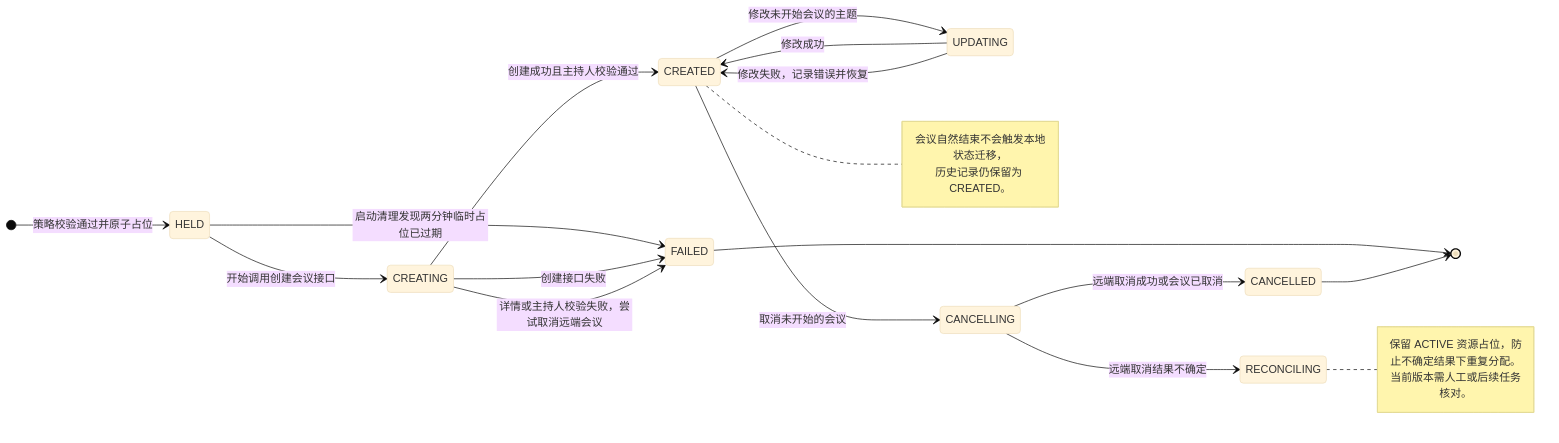
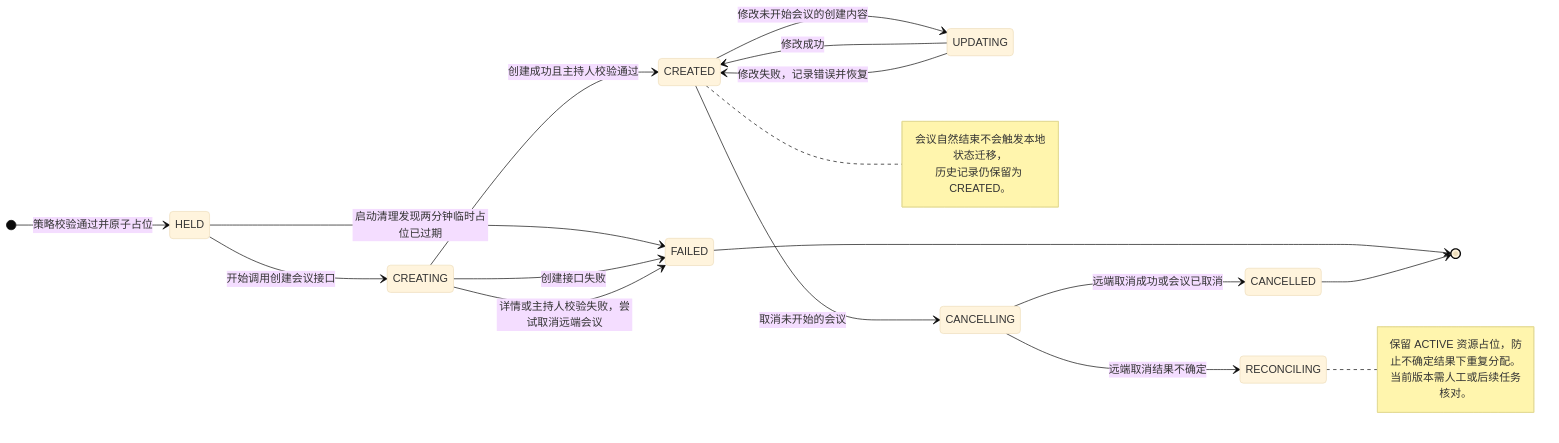
One commit to cyt9606/wecom-meeting-resource-pool changed the second of 4 diagrams in README.md. Above: the diagram before and after it, drawn with Mermaid (base theme). The commit also changed other lines of this file and 19 other files, not shown here.

````diff
--- a/README.md
+++ b/README.md
@@ -164,33 +165,33 @@
 ```mermaid
 stateDiagram-v2
     direction LR
 
     [*] --> HELD: 策略校验通过并原子占位
     HELD --> CREATING: 开始调用创建会议接口
     HELD --> FAILED: 启动清理发现两分钟临时占位已过期
 
     CREATING --> CREATED: 创建成功且主持人校验通过
     CREATING --> FAILED: 创建接口失败
     CREATING --> FAILED: 详情或主持人校验失败，尝试取消远端会议
 
-    CREATED --> UPDATING: 修改未开始会议的主题
+    CREATED --> UPDATING: 修改未开始会议的创建内容
     UPDATING --> CREATED: 修改成功
     UPDATING --> CREATED: 修改失败，记录错误并恢复
 
     CREATED --> CANCELLING: 取消未开始的会议
     CANCELLING --> CANCELLED: 远端取消成功或会议已取消
     CANCELLING --> RECONCILING: 远端取消结果不确定
 
     FAILED --> [*]
     CANCELLED --> [*]
 
     note right of CREATED
         会议自然结束不会触发本地状态迁移，
         历史记录仍保留为 CREATED。
     end note
 
     note right of RECONCILING
         保留 ACTIVE 资源占位，防止不确定结果下重复分配。
         当前版本需人工或后续任务核对。
     end note
 ```
````
